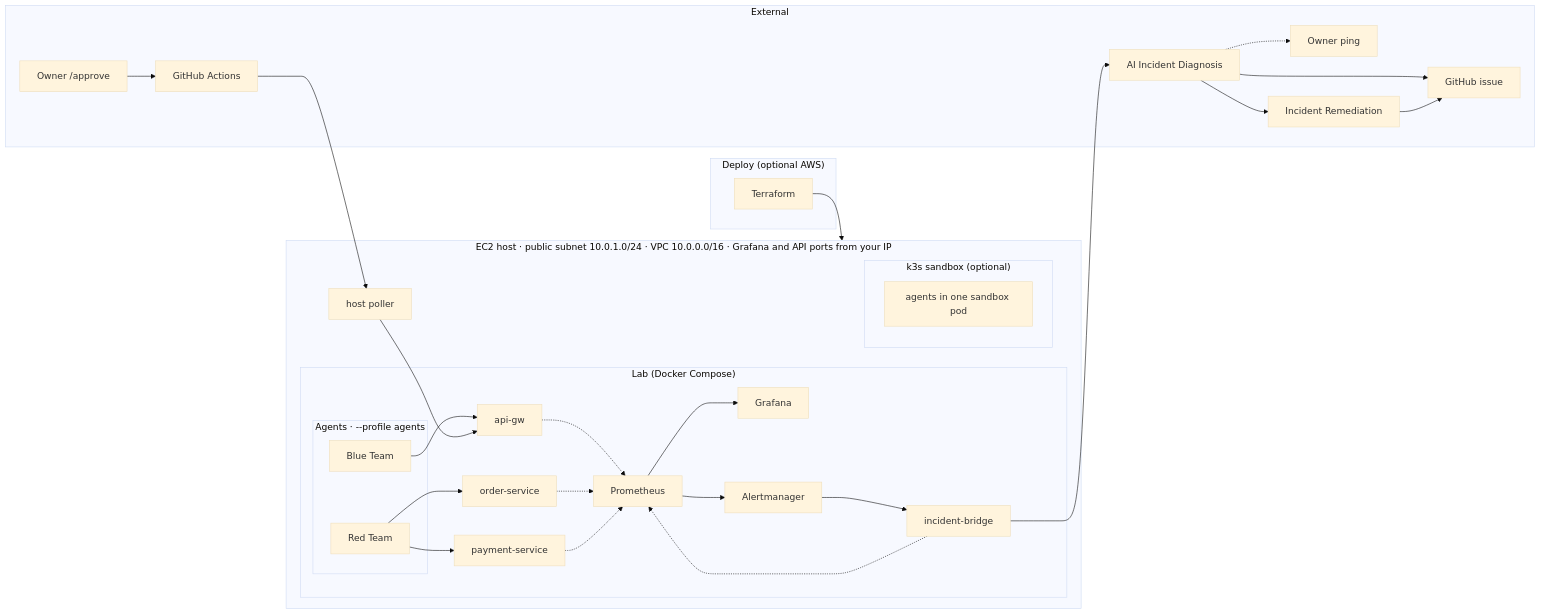
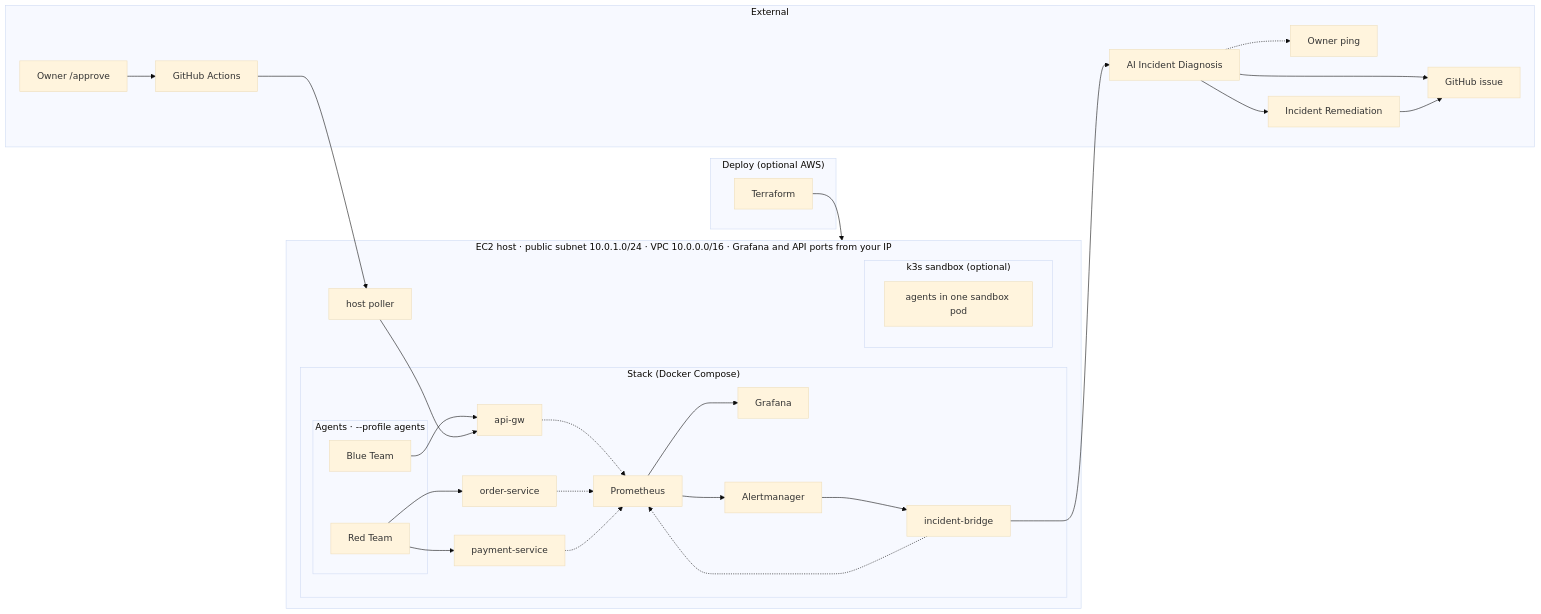
Before and after one commit to ritvikindupuri/ResilienceOps: the diagram in docs/architecture.mmd, drawn with Mermaid. The commit also changed 6 other files, not shown here.

```diff
--- a/docs/architecture.mmd
+++ b/docs/architecture.mmd
@@ -1,52 +1,52 @@
 %%{init: { "theme": "base", "flowchart": { "curve": "basis" } }}%%
 flowchart LR
   TF["Terraform"]
   subgraph aws ["Deploy (optional AWS)"]
     TF
   end
   subgraph host ["EC2 host · public subnet 10.0.1.0/24 · VPC 10.0.0.0/16 · Grafana and API ports from your IP"]
-    subgraph compose ["Lab (Docker Compose)"]
+    subgraph compose ["Stack (Docker Compose)"]
       subgraph agents ["Agents · --profile agents"]
         RED[Red Team]
         BLUE[Blue Team]
       end
       GW[api-gw]
       OS[order-service]
       PS[payment-service]
       PROM[Prometheus]
       GRAF[Grafana]
       AM[Alertmanager]
       BR["incident-bridge"]
       GW -.-> PROM
       OS -.-> PROM
       PS -.-> PROM
       PROM --> GRAF
       PROM --> AM
       AM --> BR
       BR -.-> PROM
     end
     subgraph k3sopt ["k3s sandbox (optional)"]
       K3S["agents in one sandbox pod"]
     end
     POLL["host poller"]
   end
   subgraph ext ["External"]
     BOT["AI Incident Diagnosis"]
     GH["GitHub issue"]
     PING["Owner ping"]
     REM["Incident Remediation"]
     OWN["Owner /approve"]
     ACT["GitHub Actions"]
     BOT --> GH
     BOT -.-> PING
     BOT --> REM
     REM --> GH
     OWN --> ACT
   end
   TF --> host
   RED --> OS
   RED --> PS
   BLUE --> GW
   BR --> BOT
   ACT --> POLL
   POLL --> GW
```
